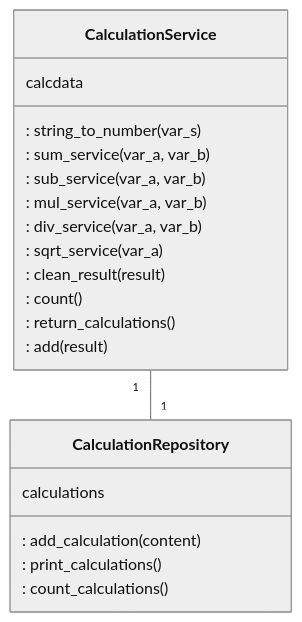
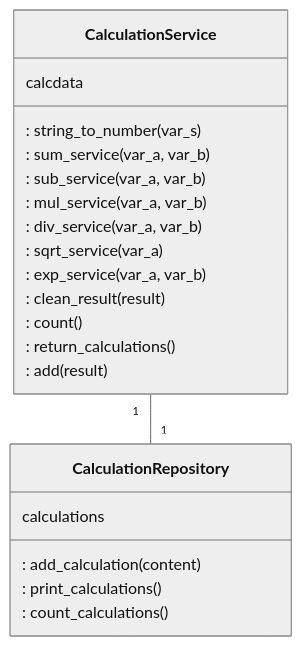
The diagram in dokumentaatio/arkkitehtuuri.md (n0spoon/ot-harjoitustyo), drawn with Mermaid (neutral theme) before and after one commit.

````diff
--- a/dokumentaatio/arkkitehtuuri.md
+++ b/dokumentaatio/arkkitehtuuri.md
@@ -13,23 +13,24 @@
 ```mermaid
  classDiagram
      CalculationService "1" -- "1" CalculationRepository
      class CalculationService{
          calcdata
      : string_to_number(var_s)
      : sum_service(var_a, var_b)
      : sub_service(var_a, var_b)
      : mul_service(var_a, var_b)
      : div_service(var_a, var_b)
      : sqrt_service(var_a)
+     : exp_service(var_a, var_b)
      : clean_result(result)
      : count()
      : return_calculations()
      : add(result)
      }
      class CalculationRepository{
          calculations
      : add_calculation(content)
      : print_calculations()
      : count_calculations()
      }
 ```
````
